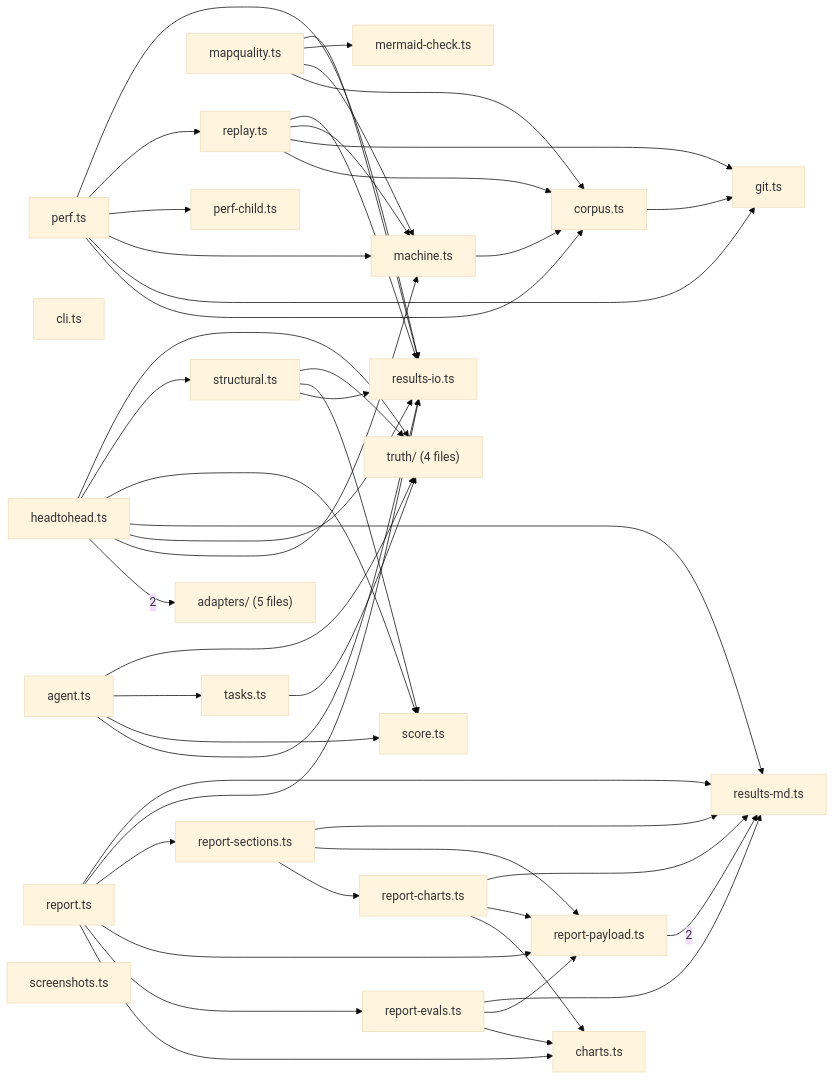
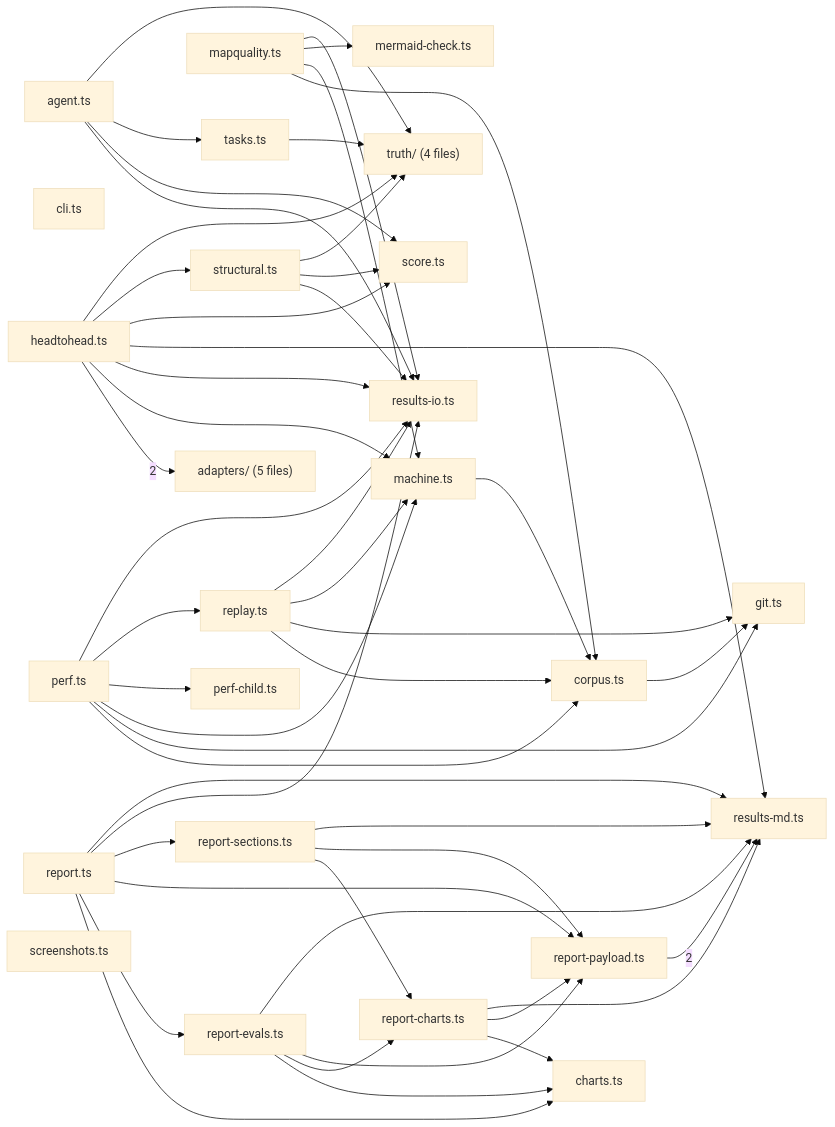
Before and after one commit to sns45/greplost: the second of 5 diagrams in .greplost/packages/greplost__bench/MAP.md, drawn with Mermaid (base theme). The commit also changed other lines of this file and 14 other files, not shown here.

````diff
--- a/.greplost/packages/greplost__bench/MAP.md
+++ b/.greplost/packages/greplost__bench/MAP.md
@@ -100,75 +100,76 @@
 ```mermaid
 graph LR
   bench_src_adapters["adapters/ #40;5 files#41;"]
   bench_src_agent_ts["agent.ts"]
   bench_src_charts_ts["charts.ts"]
   bench_src_cli_ts["cli.ts"]
   bench_src_corpus_ts["corpus.ts"]
   bench_src_git_ts["git.ts"]
   bench_src_headtohead_ts["headtohead.ts"]
   bench_src_machine_ts["machine.ts"]
   bench_src_mapquality_ts["mapquality.ts"]
   bench_src_mermaid_check_ts["mermaid-check.ts"]
   bench_src_perf_child_ts["perf-child.ts"]
   bench_src_perf_ts["perf.ts"]
   bench_src_replay_ts["replay.ts"]
   bench_src_report_charts_ts["report-charts.ts"]
   bench_src_report_evals_ts["report-evals.ts"]
   bench_src_report_payload_ts["report-payload.ts"]
   bench_src_report_sections_ts["report-sections.ts"]
   bench_src_report_ts["report.ts"]
   bench_src_results_io_ts["results-io.ts"]
   bench_src_results_md_ts["results-md.ts"]
   bench_src_score_ts["score.ts"]
   bench_src_screenshots_ts["screenshots.ts"]
   bench_src_structural_ts["structural.ts"]
   bench_src_tasks_ts["tasks.ts"]
   bench_src_truth["truth/ #40;4 files#41;"]
   bench_src_agent_ts --> bench_src_results_io_ts
   bench_src_agent_ts --> bench_src_score_ts
   bench_src_agent_ts --> bench_src_tasks_ts
   bench_src_agent_ts --> bench_src_truth
   bench_src_corpus_ts --> bench_src_git_ts
   bench_src_headtohead_ts -->|2| bench_src_adapters
   bench_src_headtohead_ts --> bench_src_machine_ts
   bench_src_headtohead_ts --> bench_src_results_io_ts
   bench_src_headtohead_ts --> bench_src_results_md_ts
   bench_src_headtohead_ts --> bench_src_score_ts
   bench_src_headtohead_ts --> bench_src_structural_ts
   bench_src_headtohead_ts --> bench_src_truth
   bench_src_machine_ts --> bench_src_corpus_ts
   bench_src_mapquality_ts --> bench_src_corpus_ts
   bench_src_mapquality_ts --> bench_src_machine_ts
   bench_src_mapquality_ts --> bench_src_mermaid_check_ts
   bench_src_mapquality_ts --> bench_src_results_io_ts
   bench_src_perf_ts --> bench_src_corpus_ts
   bench_src_perf_ts --> bench_src_git_ts
   bench_src_perf_ts --> bench_src_machine_ts
   bench_src_perf_ts --> bench_src_perf_child_ts
   bench_src_perf_ts --> bench_src_replay_ts
   bench_src_perf_ts --> bench_src_results_io_ts
   bench_src_replay_ts --> bench_src_corpus_ts
   bench_src_replay_ts --> bench_src_git_ts
   bench_src_replay_ts --> bench_src_machine_ts
   bench_src_replay_ts --> bench_src_results_io_ts
   bench_src_report_charts_ts --> bench_src_charts_ts
   bench_src_report_charts_ts --> bench_src_report_payload_ts
   bench_src_report_charts_ts --> bench_src_results_md_ts
   bench_src_report_evals_ts --> bench_src_charts_ts
+  bench_src_report_evals_ts --> bench_src_report_charts_ts
   bench_src_report_evals_ts --> bench_src_report_payload_ts
   bench_src_report_evals_ts --> bench_src_results_md_ts
   bench_src_report_payload_ts -->|2| bench_src_results_md_ts
   bench_src_report_sections_ts --> bench_src_report_charts_ts
   bench_src_report_sections_ts --> bench_src_report_payload_ts
   bench_src_report_sections_ts --> bench_src_results_md_ts
   bench_src_report_ts --> bench_src_charts_ts
   bench_src_report_ts --> bench_src_report_evals_ts
   bench_src_report_ts --> bench_src_report_payload_ts
   bench_src_report_ts --> bench_src_report_sections_ts
   bench_src_report_ts --> bench_src_results_io_ts
   bench_src_report_ts --> bench_src_results_md_ts
   bench_src_structural_ts --> bench_src_results_io_ts
   bench_src_structural_ts --> bench_src_score_ts
   bench_src_structural_ts --> bench_src_truth
   bench_src_tasks_ts --> bench_src_truth
 ```
````
